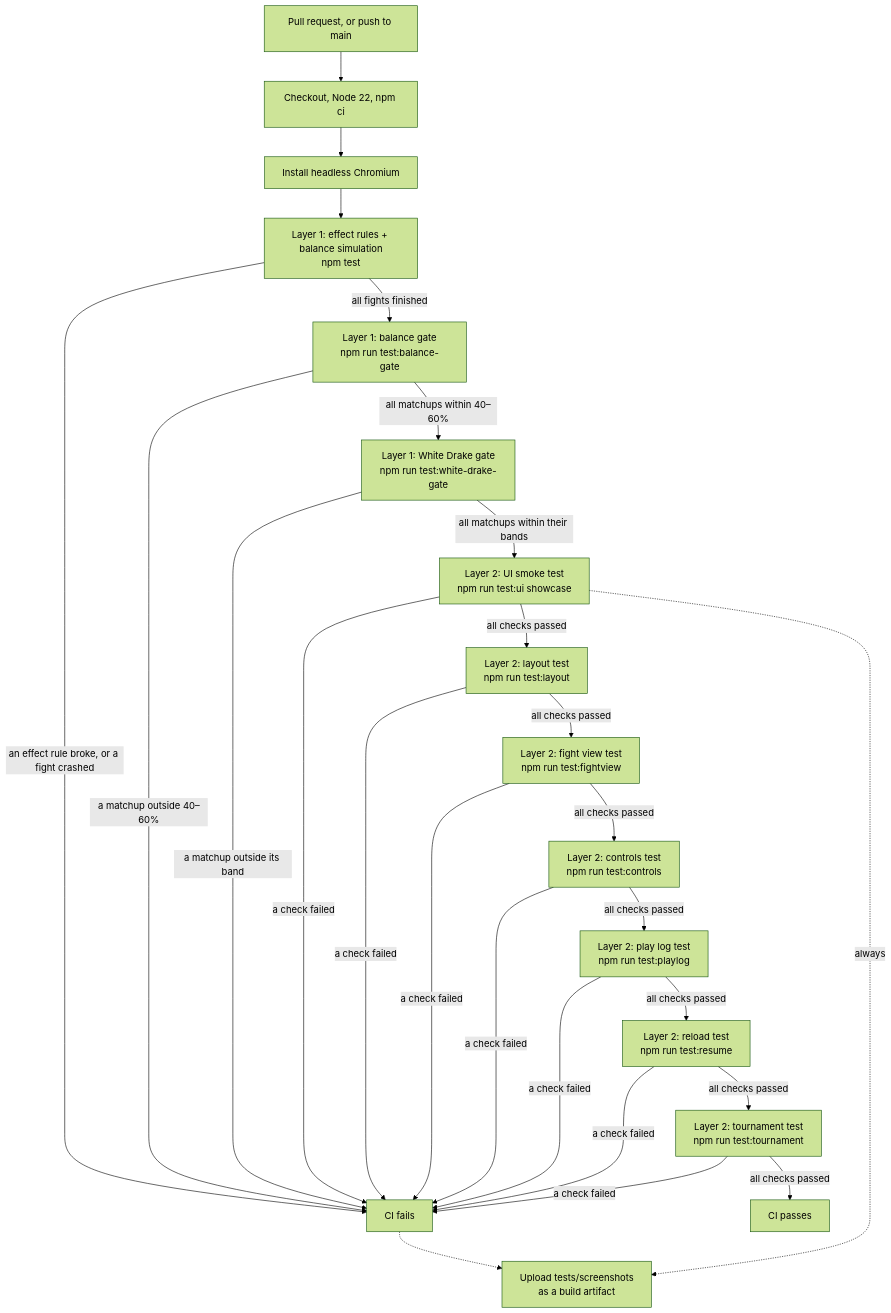
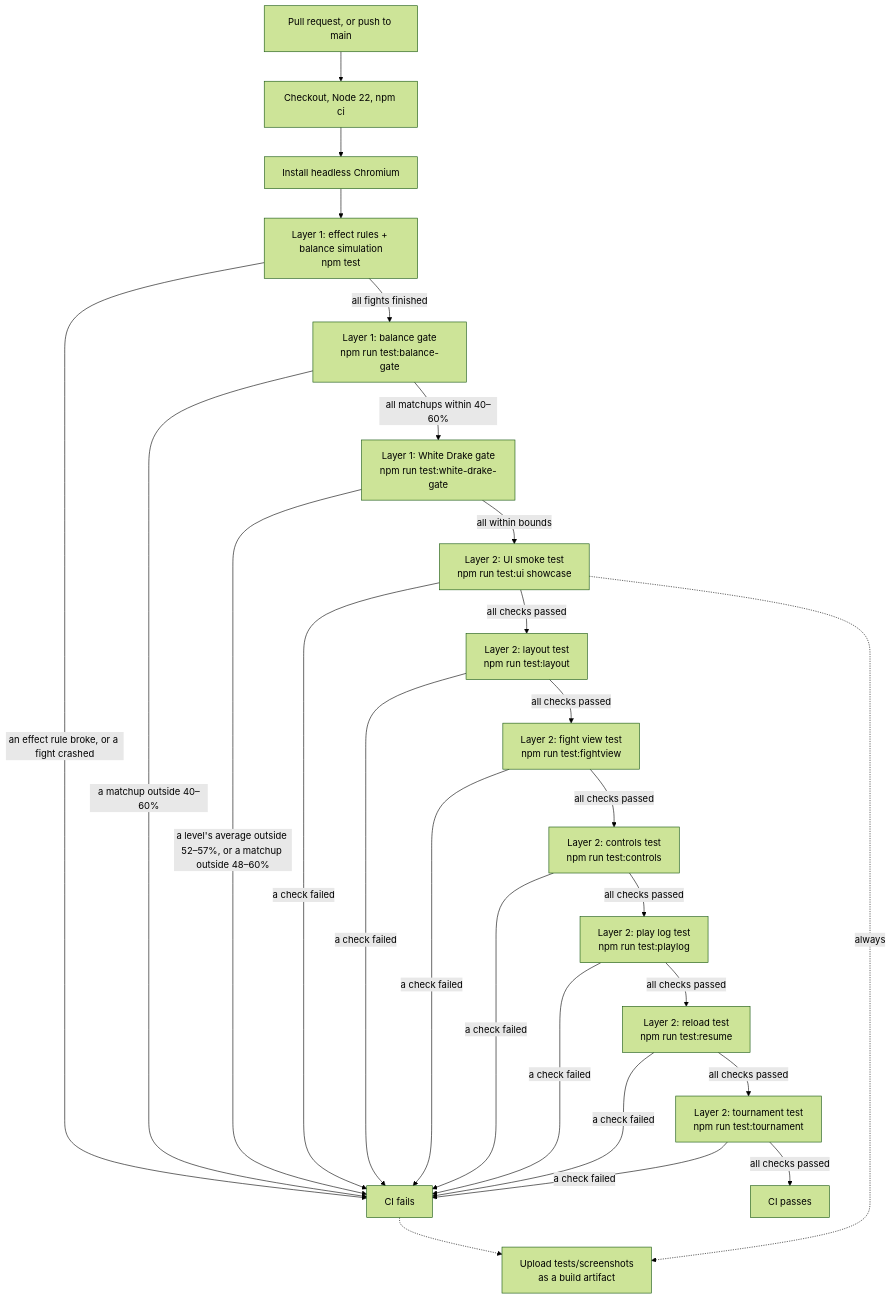
Before and after one commit to Heaxyle/drake-arena: the diagram in TESTING.md, drawn with Mermaid (forest theme). The commit also changed other lines of this file and 10 other files, not shown here.

````diff
--- a/TESTING.md
+++ b/TESTING.md
@@ -12,28 +12,28 @@
 ```mermaid
 flowchart TD
     A[Pull request, or push to main] --> B[Checkout, Node 22, npm ci]
     B --> C[Install headless Chromium]
     C --> D["Layer 1: effect rules + balance simulation<br/>npm test"]
     D -->|an effect rule broke, or a fight crashed| X[CI fails]
     D -->|all fights finished| G["Layer 1: balance gate<br/>npm run test:balance-gate"]
     G -->|a matchup outside 40–60%| X
     G -->|all matchups within 40–60%| WD["Layer 1: White Drake gate<br/>npm run test:white-drake-gate"]
-    WD -->|a matchup outside its band| X
-    WD -->|all matchups within their bands| E["Layer 2: UI smoke test<br/>npm run test:ui showcase"]
+    WD -->|a level's average outside 52–57%, or a matchup outside 48–60%| X
+    WD -->|all within bounds| E["Layer 2: UI smoke test<br/>npm run test:ui showcase"]
     E -->|a check failed| X
     E -->|all checks passed| L["Layer 2: layout test<br/>npm run test:layout"]
     L -->|a check failed| X
     L -->|all checks passed| V["Layer 2: fight view test<br/>npm run test:fightview"]
     V -->|a check failed| X
     V -->|all checks passed| K["Layer 2: controls test<br/>npm run test:controls"]
     K -->|a check failed| X
     K -->|all checks passed| PL["Layer 2: play log test<br/>npm run test:playlog"]
     PL -->|a check failed| X
     PL -->|all checks passed| R["Layer 2: reload test<br/>npm run test:resume"]
     R -->|a check failed| X
     R -->|all checks passed| T["Layer 2: tournament test<br/>npm run test:tournament"]
     T -->|a check failed| X
     T -->|all checks passed| P[CI passes]
     E -.->|always| S[Upload tests/screenshots<br/>as a build artifact]
     X -.-> S
 ```
````
